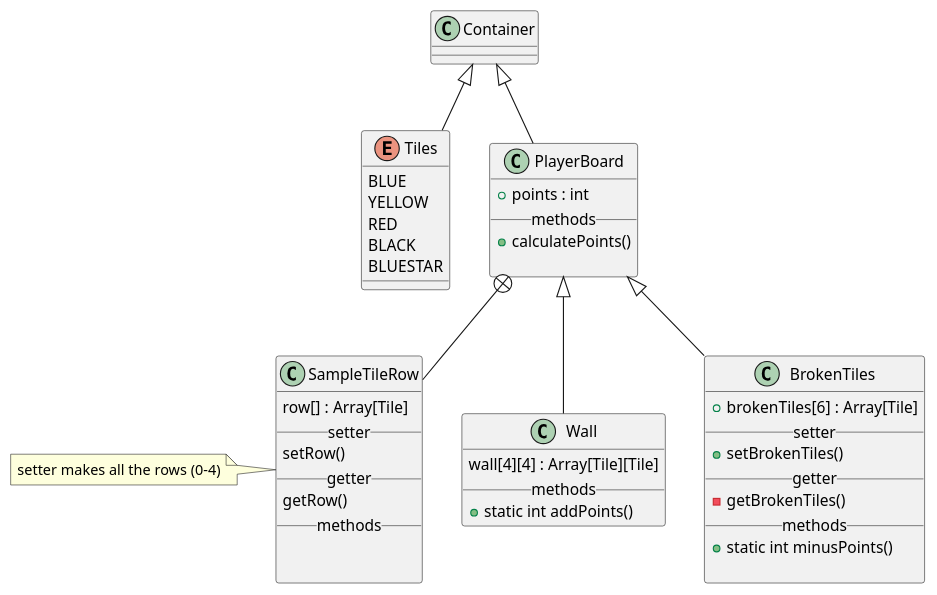
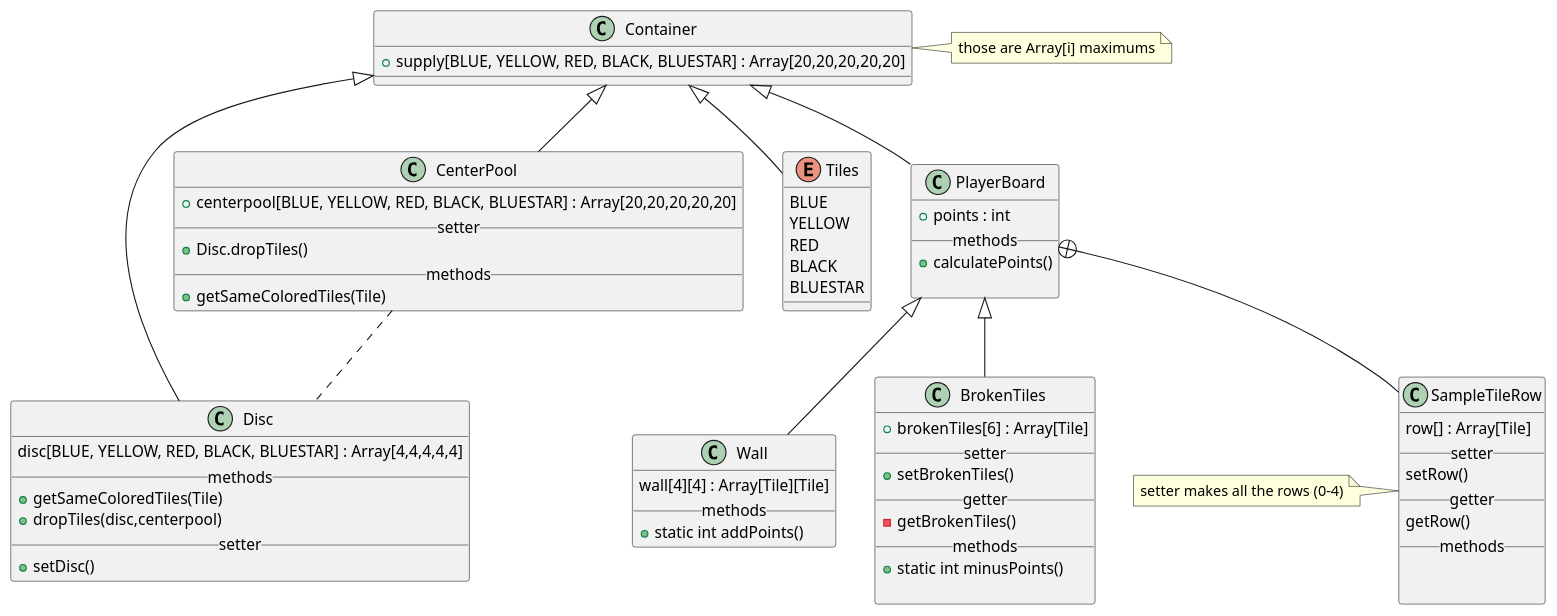
Before and after one commit to Uni-Sopron/szta-22t-azul-tileguys: the diagram in doc/classdiagram.wsd, drawn with PlantUML.

Commit message:
classidagram v2

```diff
--- a/doc/classdiagram.wsd
+++ b/doc/classdiagram.wsd
@@ -1,55 +1,77 @@
 @startuml Azul classes
 class Container{
+    + supply[BLUE, YELLOW, RED, BLACK, BLUESTAR] : Array[20,20,20,20,20]
+    
 
+}
+note right: those are Array[i] maximums
+
+Container <|-- Disc
+class Disc{
+    disc[BLUE, YELLOW, RED, BLACK, BLUESTAR] : Array[4,4,4,4,4]
+    __methods__
+    + getSameColoredTiles(Tile)
+    + dropTiles(disc,centerpool)
+    __setter__
+    + setDisc()
+}
+Container <|-- CenterPool
+CenterPool .. Disc
+class CenterPool{
+    + centerpool[BLUE, YELLOW, RED, BLACK, BLUESTAR] : Array[20,20,20,20,20]
+    __setter__
+    + Disc.dropTiles()
+    __methods__
+    + getSameColoredTiles(Tile)
 }
 
 Container <|--Tiles
 enum Tiles{
     BLUE
     YELLOW
     RED
     BLACK
     BLUESTAR
 }
 
 Container <|-- PlayerBoard
 class PlayerBoard{
     + points : int
     __methods__
     + calculatePoints()
 
 }
 
 PlayerBoard +-- SampleTileRow
 class SampleTileRow{
     row[] : Array[Tile]
     __setter__
     setRow()
     __getter__
     getRow()
     __methods__
 
 
 }
 note left: setter makes all the rows (0-4)
 
 PlayerBoard <|-- Wall
 class Wall{
     wall[4][4] : Array[Tile][Tile]
     __methods__
     + static int addPoints()
 }
 
 PlayerBoard <|-- BrokenTiles
 class BrokenTiles{
     + brokenTiles[6] : Array[Tile]
     __setter__
     + setBrokenTiles()
     __getter__
     - getBrokenTiles()
     __methods__
      + static int minusPoints()
 
 }
 
 @enduml
```
